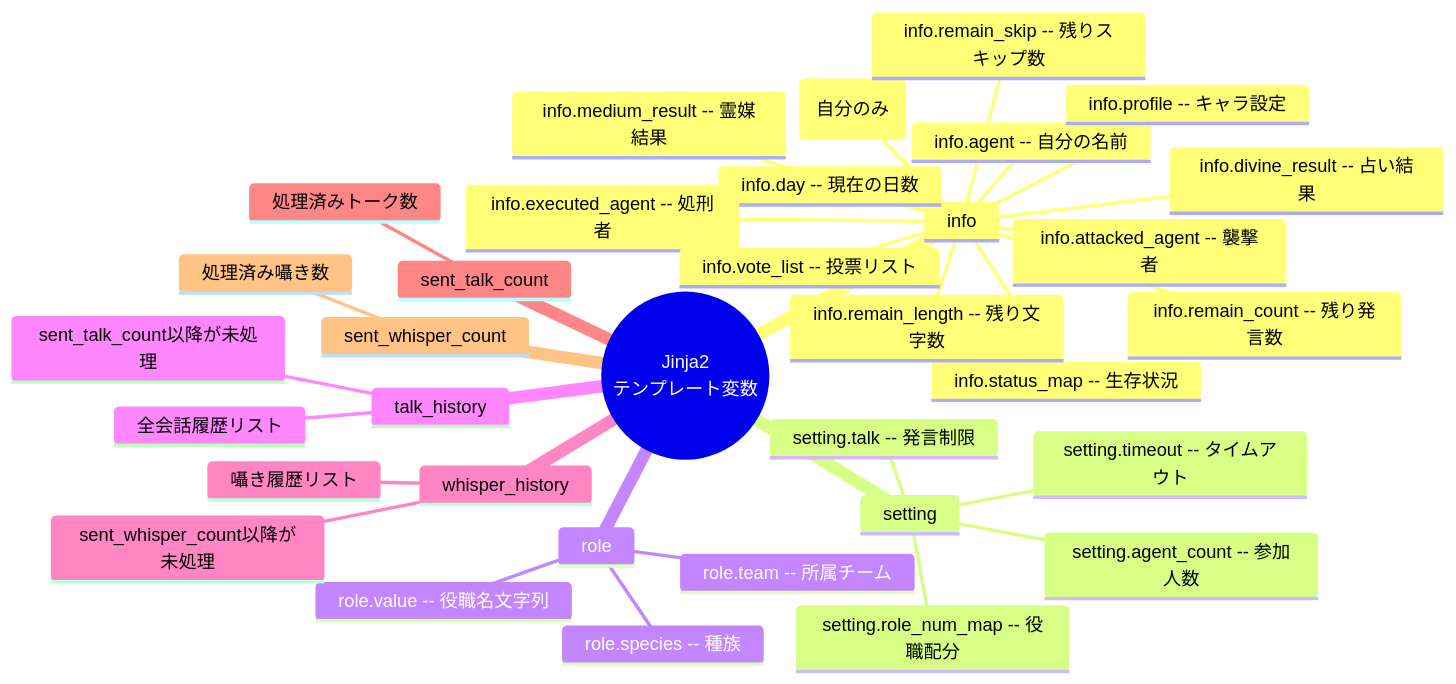
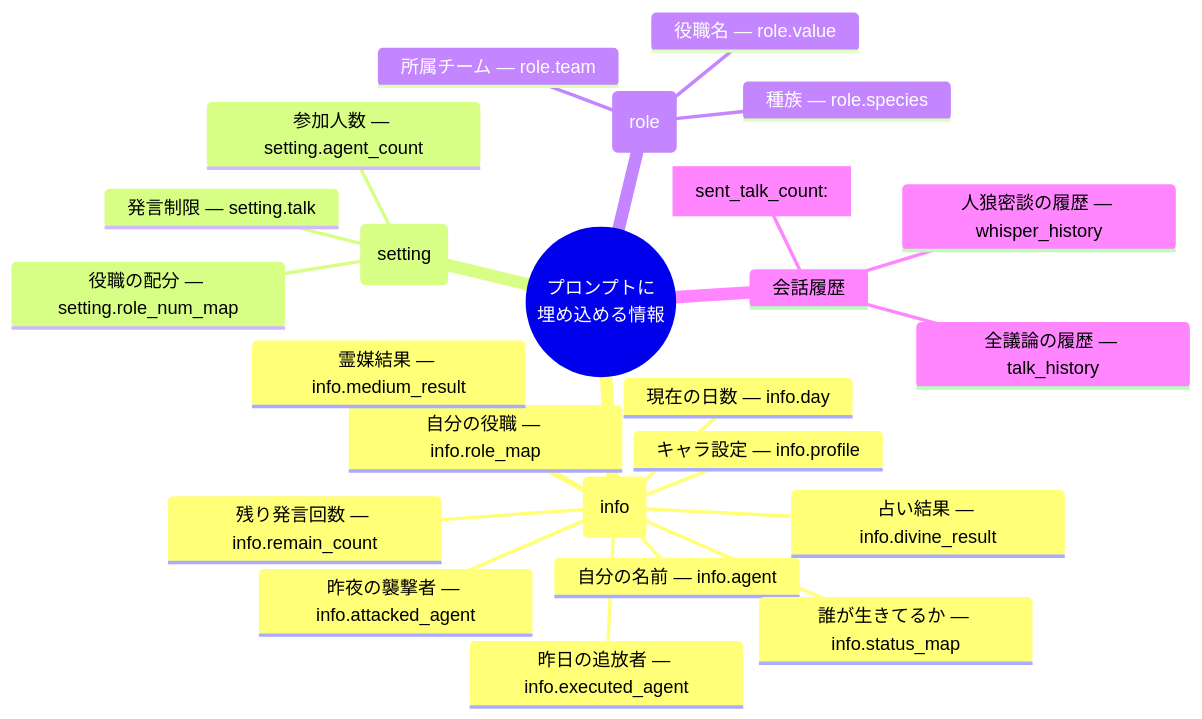
One commit to iggy157/aiwolf-nlp-systems changed the third of 5 diagrams in docs/architecture/agent-architecture.md. Above: the diagram before and after it, drawn with Mermaid. The commit also changed other lines of this file and 2 other files, not shown here.

Commit message:
fix: フロー図修正

````diff
--- a/docs/architecture/agent-architecture.md
+++ b/docs/architecture/agent-architecture.md
@@ -122,37 +131,27 @@
 ```mermaid
 mindmap
-    root((Jinja2<br/>テンプレート変数))
-        info
-            info.agent -- 自分の名前
-            info.day -- 現在の日数
-            info.profile -- キャラ設定
-            info.status_map -- 生存状況
-            info.role_map -- 役職(自分のみ)
-            info.divine_result -- 占い結果
-            info.medium_result -- 霊媒結果
-            info.executed_agent -- 処刑者
-            info.attacked_agent -- 襲撃者
-            info.vote_list -- 投票リスト
-            info.remain_count -- 残り発言数
-            info.remain_length -- 残り文字数
-            info.remain_skip -- 残りスキップ数
-        setting
-            setting.agent_count -- 参加人数
-            setting.role_num_map -- 役職配分
-            setting.talk -- 発言制限
-            setting.timeout -- タイムアウト
-        role
-            role.value -- 役職名文字列
-            role.team -- 所属チーム
-            role.species -- 種族
-        talk_history
-            全会話履歴リスト
-            sent_talk_count以降が未処理
-        whisper_history
-            囁き履歴リスト
-            sent_whisper_count以降が未処理
-        sent_talk_count
-            処理済みトーク数
-        sent_whisper_count
-            処理済み囁き数
+    root((プロンプトに<br/>埋め込める情報))
+        ゲーム状態 (info)
+            自分の名前 — info.agent
+            現在の日数 — info.day
+            キャラ設定 — info.profile
+            誰が生きてるか — info.status_map
+            自分の役職 — info.role_map
+            占い結果 — info.divine_result
+            霊媒結果 — info.medium_result
+            昨日の追放者 — info.executed_agent
+            昨夜の襲撃者 — info.attacked_agent
+            残り発言回数 — info.remain_count
+        ゲーム設定 (setting)
+            参加人数 — setting.agent_count
+            役職の配分 — setting.role_num_map
+            発言制限 — setting.talk
+        自分の役職 (role)
+            役職名 — role.value
+            所属チーム — role.team
+            種族 — role.species
+        会話履歴
+            全議論の履歴 — talk_history
+            前回以降の新着 — talk_history[sent_talk_count:]
+            人狼密談の履歴 — whisper_history
 ```
````
